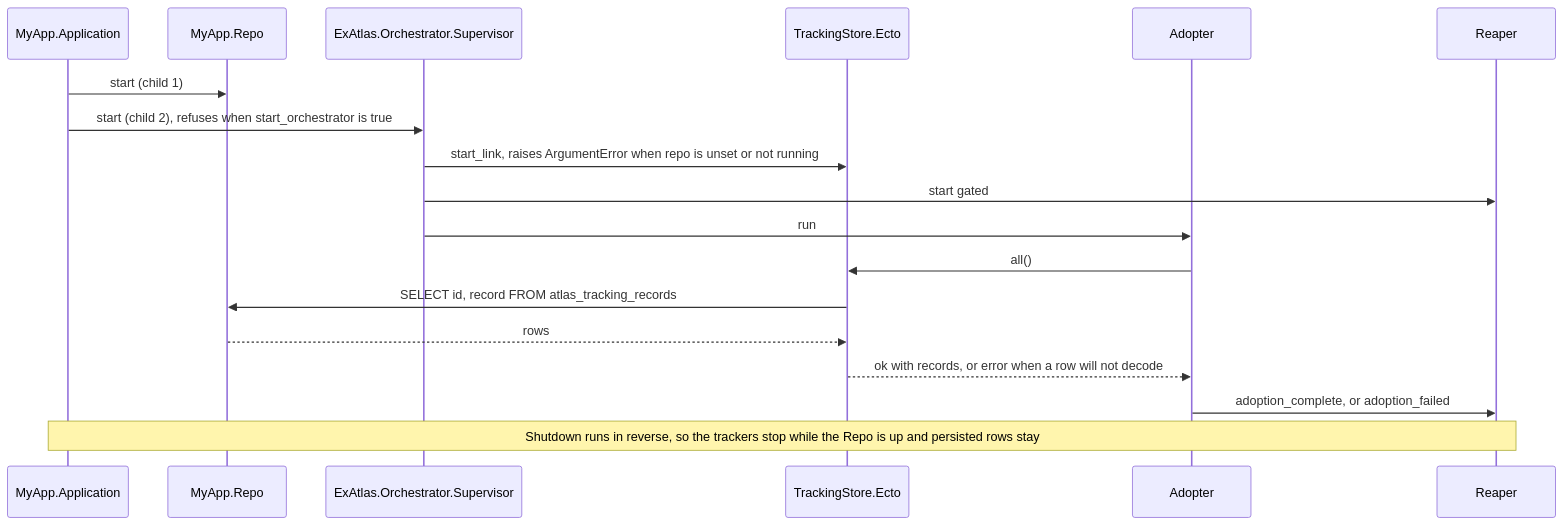
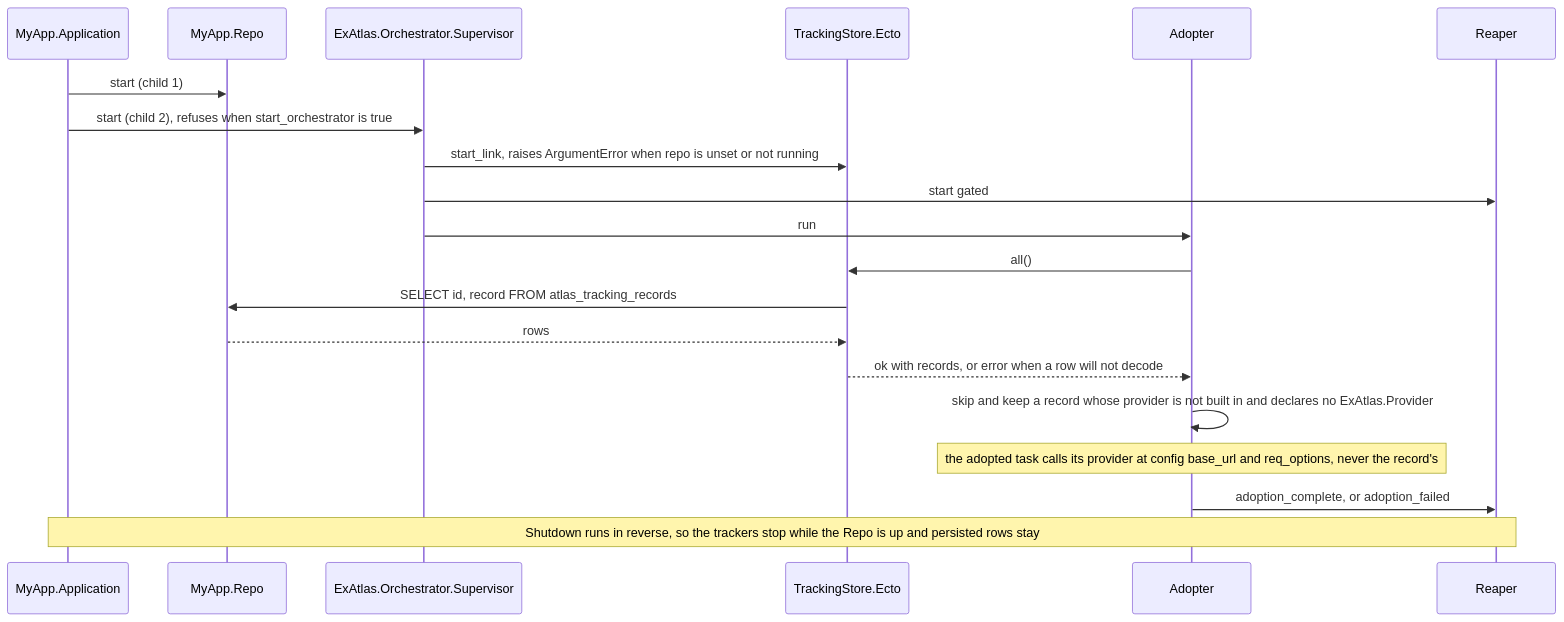
Before and after one commit to udin-io/ex_atlas: the first of 12 diagrams in docs/architecture.md, drawn with Mermaid. The commit also changed 14 other files, not shown here.

First line of the commit message:
A forged tracking record no longer steers an adopted task's provider calls (#130)

````diff
--- a/docs/architecture.md
+++ b/docs/architecture.md
@@ -72,20 +72,22 @@
 ```mermaid
 sequenceDiagram
   participant Host as MyApp.Application
   participant Repo as MyApp.Repo
   participant Sup as ExAtlas.Orchestrator.Supervisor
   participant Store as TrackingStore.Ecto
   participant Adopter as Adopter
   participant Reaper as Reaper
   Host->>Repo: start (child 1)
   Host->>Sup: start (child 2), refuses when start_orchestrator is true
   Sup->>Store: start_link, raises ArgumentError when repo is unset or not running
   Sup->>Reaper: start gated
   Sup->>Adopter: run
   Adopter->>Store: all()
   Store->>Repo: SELECT id, record FROM atlas_tracking_records
   Repo-->>Store: rows
   Store-->>Adopter: ok with records, or error when a row will not decode
+  Adopter->>Adopter: skip and keep a record whose provider is not built in and declares no ExAtlas.Provider
+  Note over Adopter: the adopted task calls its provider at config base_url and req_options, never the record's
   Adopter->>Reaper: adoption_complete, or adoption_failed
   Note over Host,Reaper: Shutdown runs in reverse, so the trackers stop while the Repo is up and persisted rows stay
 ```
````
